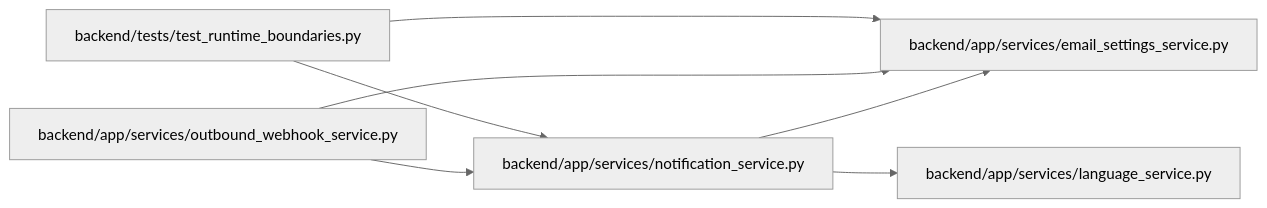
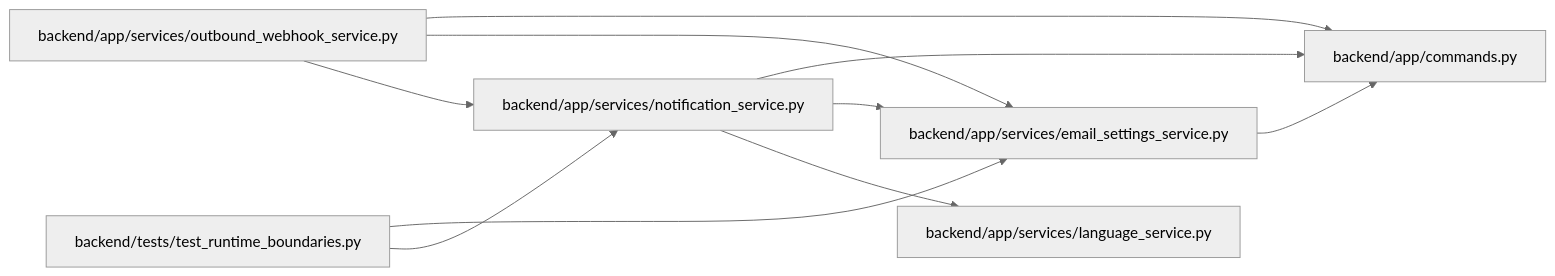
Before and after one commit to Denissvgn/WorkChord: the diagram in docs/llm_wiki/modules/notification_service.md, drawn with Mermaid (neutral theme). The commit also changed other lines of this file and 958 other files, not shown here.

First line of the commit message:
docs(wiki): refresh identity and recovery architecture

````diff
--- a/docs/llm_wiki/modules/notification_service.md
+++ b/docs/llm_wiki/modules/notification_service.md
@@ -26,19 +27,24 @@
 ```mermaid
 flowchart LR
-    n0["backend/app/services/email_settings_service.py"]
-    n1["backend/app/services/language_service.py"]
-    n2["backend/app/services/notification_service.py"]
-    n3["backend/app/services/outbound_webhook_service.py"]
-    n4["backend/tests/test_runtime_boundaries.py"]
-    n2 --> n0
-    n2 --> n1
+    n0["backend/app/commands.py"]
+    n1["backend/app/services/email_settings_service.py"]
+    n2["backend/app/services/language_service.py"]
+    n3["backend/app/services/notification_service.py"]
+    n4["backend/app/services/outbound_webhook_service.py"]
+    n5["backend/tests/test_runtime_boundaries.py"]
+    n1 --> n0
     n3 --> n0
+    n3 --> n1
     n3 --> n2
     n4 --> n0
-    n4 --> n2
-    click n0 "../modules/email_settings_service.md"
-    click n1 "../modules/language_service.md"
-    click n2 "../modules/notification_service.md"
-    click n3 "../modules/outbound_webhook_service.md"
-    click n4 "../modules/test_runtime_boundaries.md"
+    n4 --> n1
+    n4 --> n3
+    n5 --> n1
+    n5 --> n3
+    click n0 "../modules/commands.md"
+    click n1 "../modules/email_settings_service.md"
+    click n2 "../modules/language_service.md"
+    click n3 "../modules/notification_service.md"
+    click n4 "../modules/outbound_webhook_service.md"
+    click n5 "../modules/test_runtime_boundaries.md"
 ```
````
